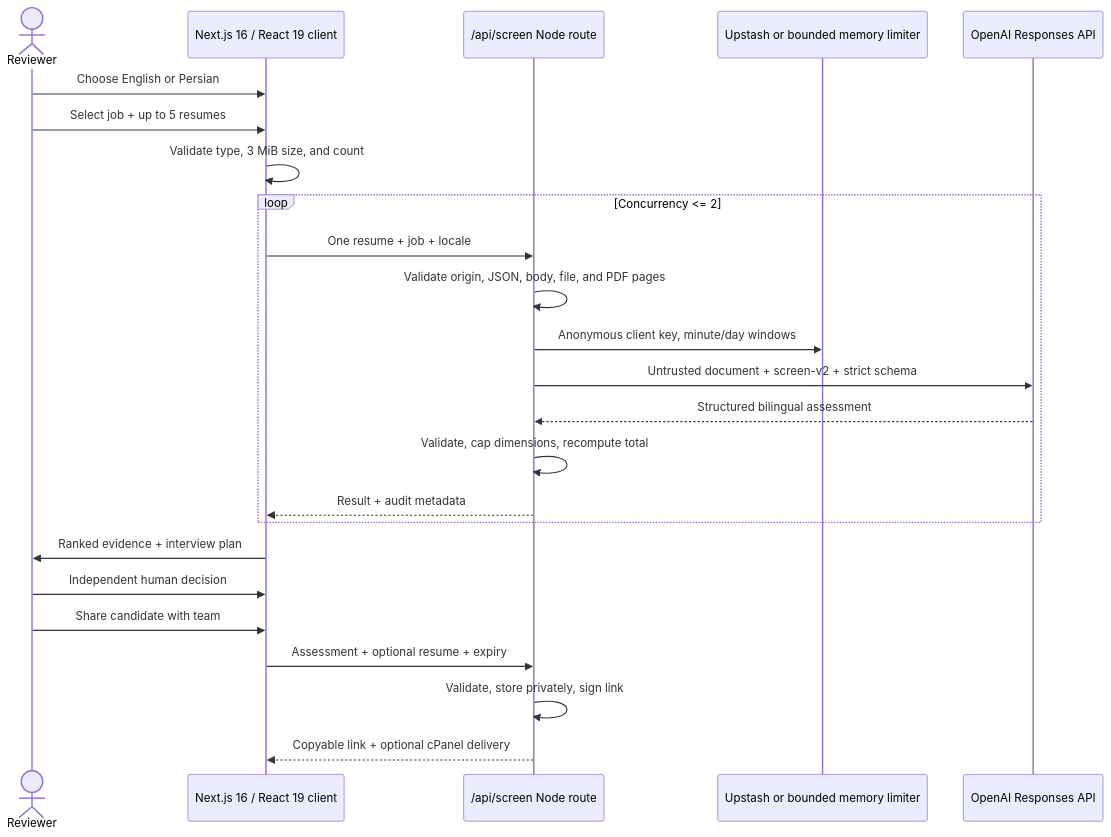
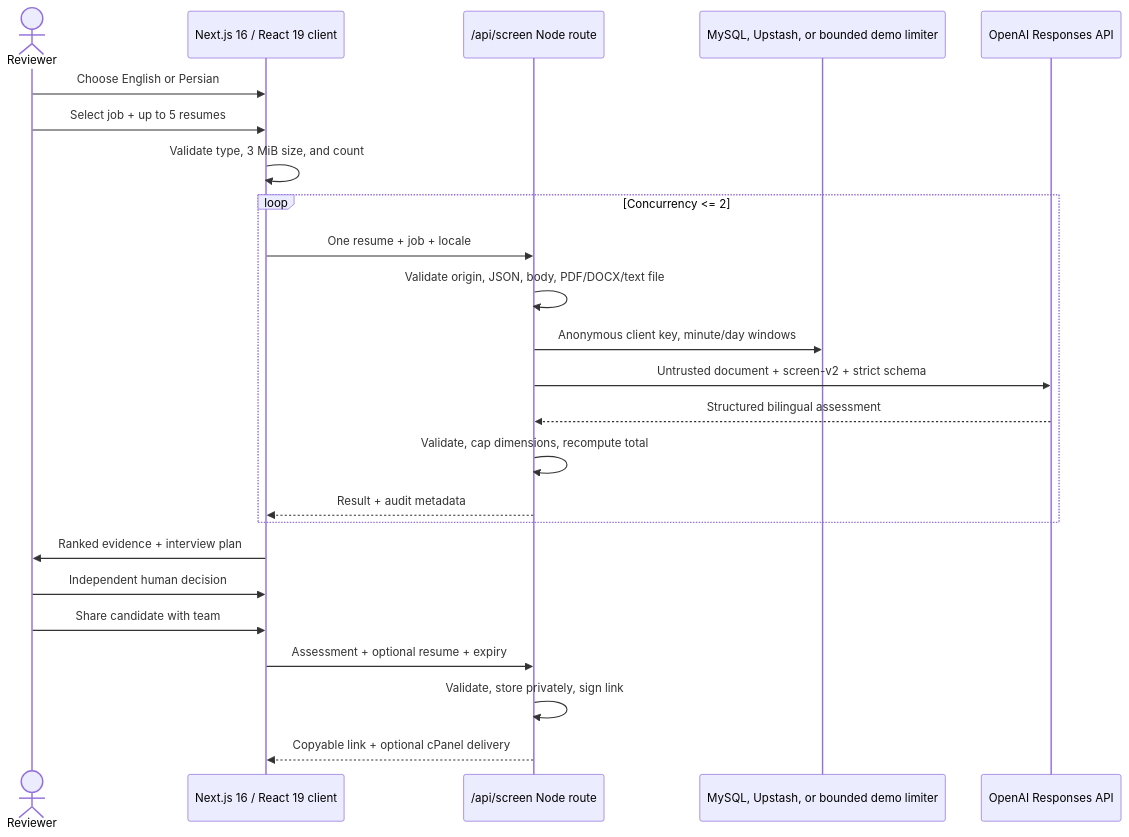
The diagram in docs/ARCHITECTURE.md (VibeATSCoder/ShortList), drawn with Mermaid before and after one commit. The commit also changed other lines of this file and 57 other files, not shown here.

````diff
--- a/docs/ARCHITECTURE.md
+++ b/docs/ARCHITECTURE.md
@@ -7,27 +7,27 @@
 ```mermaid
 sequenceDiagram
   actor Reviewer
   participant UI as Next.js 16 / React 19 client
   participant API as /api/screen Node route
-  participant RL as Upstash or bounded memory limiter
+  participant RL as MySQL, Upstash, or bounded demo limiter
   participant LLM as OpenAI Responses API
 
   Reviewer->>UI: Choose English or Persian
   Reviewer->>UI: Select job + up to 5 resumes
   UI->>UI: Validate type, 3 MiB size, and count
   loop Concurrency <= 2
     UI->>API: One resume + job + locale
-    API->>API: Validate origin, JSON, body, file, and PDF pages
+    API->>API: Validate origin, JSON, body, PDF/DOCX/text file
     API->>RL: Anonymous client key, minute/day windows
     API->>LLM: Untrusted document + screen-v2 + strict schema
     LLM-->>API: Structured bilingual assessment
     API->>API: Validate, cap dimensions, recompute total
     API-->>UI: Result + audit metadata
   end
   UI->>Reviewer: Ranked evidence + interview plan
   Reviewer->>UI: Independent human decision
   Reviewer->>UI: Share candidate with team
   UI->>API: Assessment + optional resume + expiry
   API->>API: Validate, store privately, sign link
   API-->>UI: Copyable link + optional cPanel delivery
 ```
````
